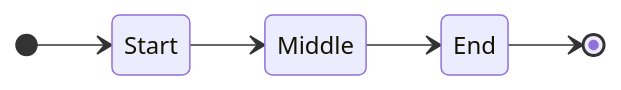
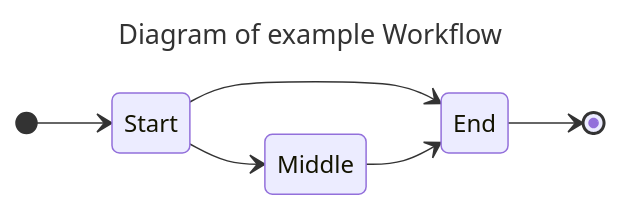
Before and after one commit to luno/workflow: the diagram in testfiles/testgraph.md, drawn with Mermaid. The commit also changed 3 other files, not shown here.

Commit message:
workflow: Fix mermaid diagram duplication of states

````diff
--- a/testfiles/testgraph.md
+++ b/testfiles/testgraph.md
@@ -1,11 +1,15 @@
 ```mermaid
+---
+title: Diagram of example Workflow
+---
 stateDiagram-v2
 	direction LR
 	
 	[*]-->Start
 	
 	Start-->Middle
+	Start-->End
 	Middle-->End
 	
 	End-->[*]
 ```
````
